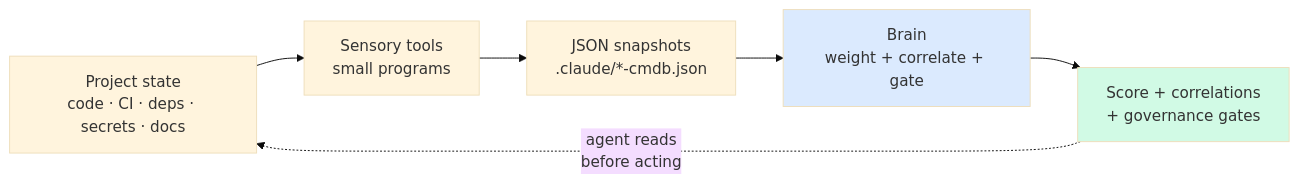
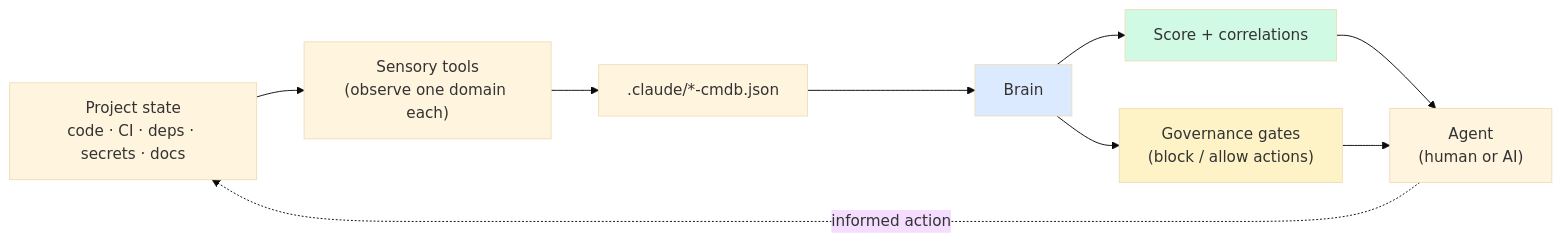
The second of 2 diagrams in PITCH.md (KeenanHoffman/NeuroGrim), drawn with Mermaid (base theme) before and after one commit. The commit also changed other lines of this file and 1 other file, not shown here.

````diff
--- a/PITCH.md
+++ b/PITCH.md
@@ -48,12 +59,17 @@
 ```mermaid
 flowchart LR
     Project["Project state<br/>code · CI · deps · secrets · docs"]
-    Sensors["Sensory tools<br/>small programs"]
-    CMDB["JSON snapshots<br/>.claude/*-cmdb.json"]
-    Brain["Brain<br/>weight + correlate + gate"]
-    Output["Score + correlations<br/>+ governance gates"]
-    Project --> Sensors --> CMDB --> Brain --> Output
-    Output -.->|"agent reads<br/>before acting"| Project
+    Sensors["Sensory tools<br/>(observe one domain each)"]
+    CMDB[".claude/*-cmdb.json"]
+    Brain["Brain"]
+    Score["Score + correlations"]
+    Gates["Governance gates<br/>(block / allow actions)"]
+    Agent["Agent<br/>(human or AI)"]
+    Project --> Sensors --> CMDB --> Brain
+    Brain --> Score --> Agent
+    Brain --> Gates --> Agent
+    Agent -.->|"informed action"| Project
     style Brain fill:#dbeafe
-    style Output fill:#d1fae5
+    style Score fill:#d1fae5
+    style Gates fill:#fef3c7
 ```
````
